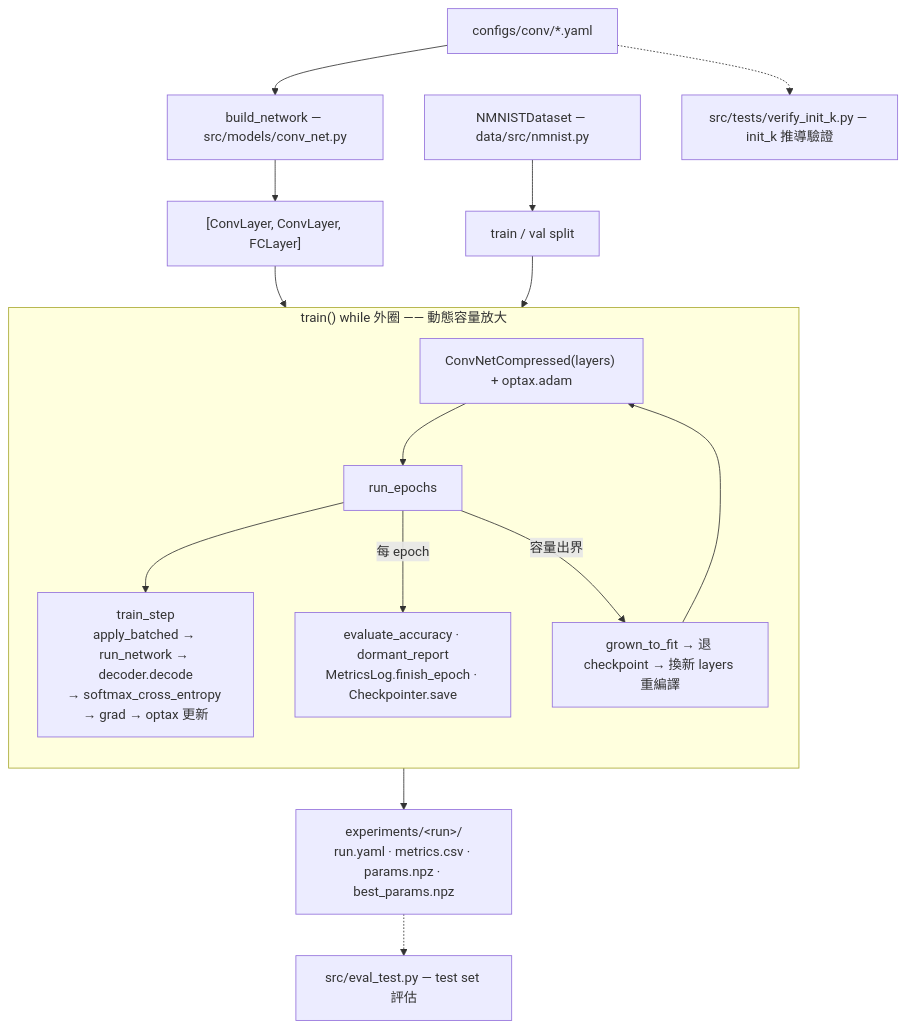
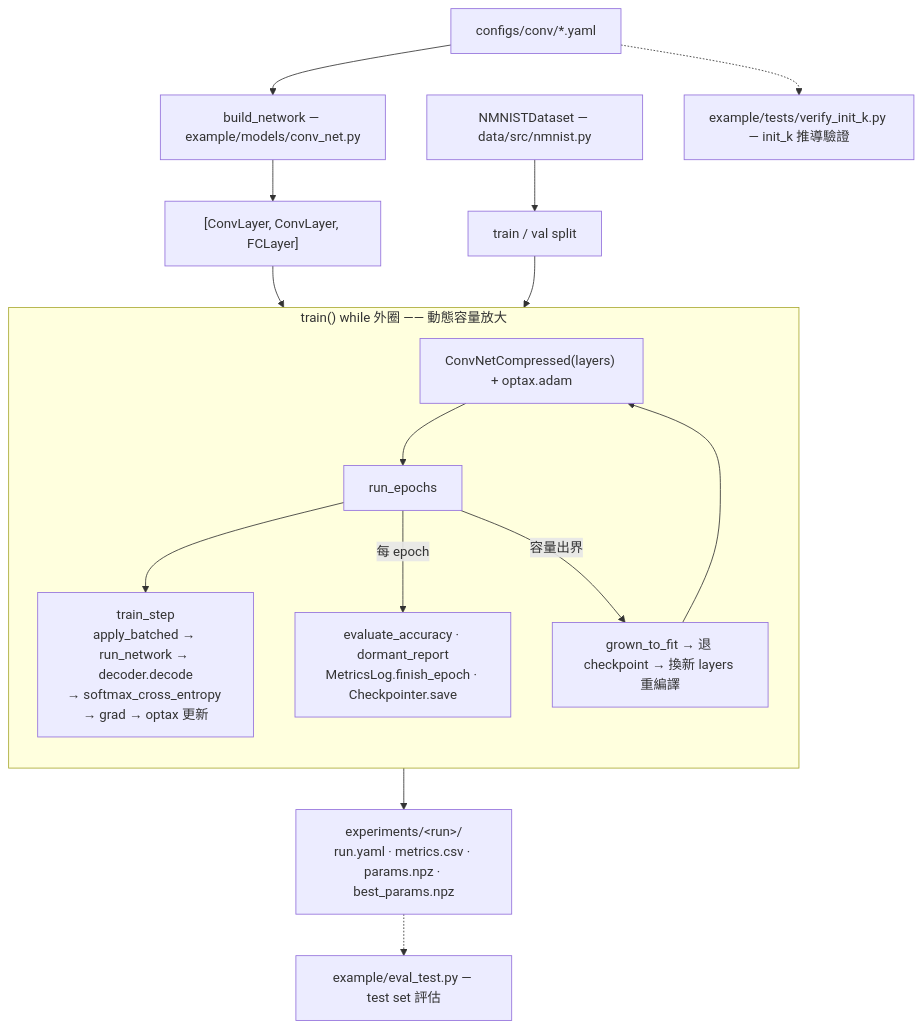
The second of 2 diagrams in docs/架構.md (Salt-Shio/Spiking-Affine-Lazy-Training), drawn with Mermaid before and after one commit. The commit also changed other lines of this file and 29 other files, not shown here.

````diff
--- a/docs/架構.md
+++ b/docs/架構.md
@@ -85,21 +85,21 @@
 ```mermaid
 flowchart TD
-    CFG["configs/conv/*.yaml"] --> BN["build_network — src/models/conv_net.py"]
+    CFG["configs/conv/*.yaml"] --> BN["build_network — example/models/conv_net.py"]
     BN --> LAYERS["[ConvLayer, ConvLayer, FCLayer]"]
     DS["NMNISTDataset — data/src/nmnist.py"] --> SPLIT["train / val split"]
 
     LAYERS --> WHILE
     SPLIT --> WHILE
     subgraph WHILE["train() while 外圈 —— 動態容量放大"]
         direction TB
         NET["ConvNetCompressed(layers) + optax.adam"] --> RE["run_epochs"]
         RE --> TS["train_step<br/>apply_batched → run_network → decoder.decode<br/>→ softmax_cross_entropy → grad → optax 更新"]
         RE -->|"每 epoch"| PE["evaluate_accuracy · dormant_report<br/>MetricsLog.finish_epoch · Checkpointer.save"]
         RE -->|"容量出界"| GROW["grown_to_fit → 退 checkpoint → 換新 layers 重編譯"]
         GROW --> NET
     end
     WHILE --> OUT["experiments/&lt;run&gt;/<br/>run.yaml · metrics.csv · params.npz · best_params.npz"]
 
-    OUT -.-> EVAL["src/eval_test.py — test set 評估"]
-    CFG -.-> VER["src/tests/verify_init_k.py — init_k 推導驗證"]
+    OUT -.-> EVAL["example/eval_test.py — test set 評估"]
+    CFG -.-> VER["example/tests/verify_init_k.py — init_k 推導驗證"]
 ```
````
